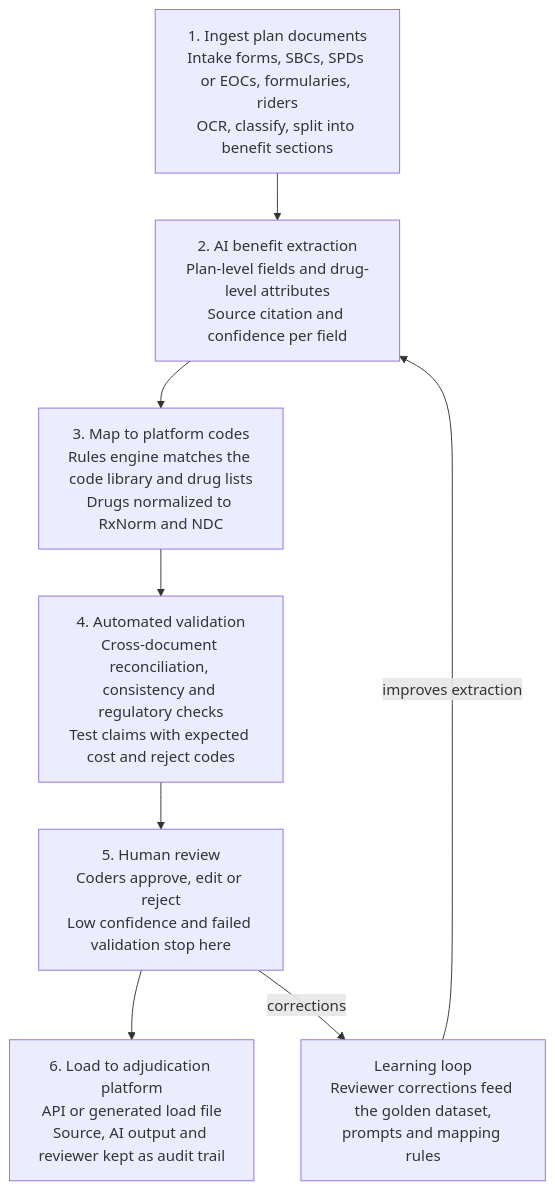
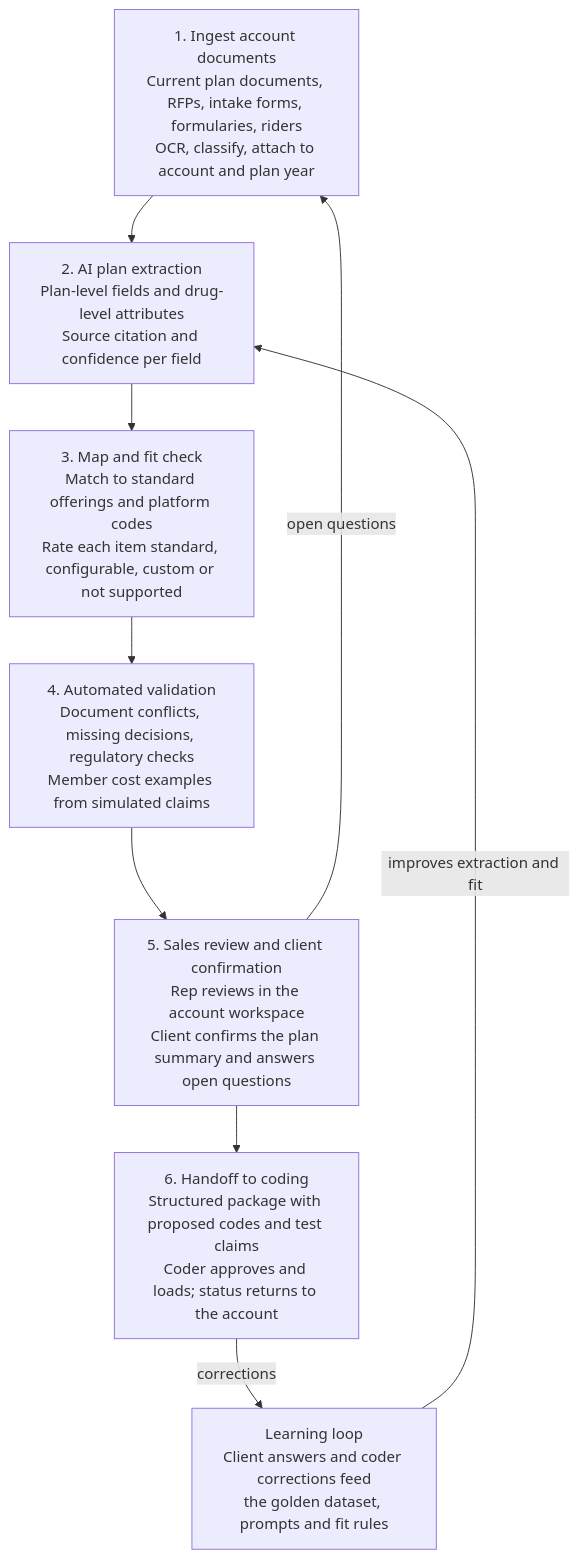
The diagram in docs/architecture.md (yashvadlamani/pharmacy-coding), drawn with Mermaid before and after one commit. The commit also changed other lines of this file and 3 other files, not shown here.

First line of the commit message:
Reframe documentation around a sales account workspace

````diff
--- a/docs/architecture.md
+++ b/docs/architecture.md
@@ -7,14 +13,15 @@
 ```mermaid
 flowchart TD
-    A["1. Ingest plan documents<br/>Intake forms, SBCs, SPDs or EOCs, formularies, riders<br/>OCR, classify, split into benefit sections"]
-    B["2. AI benefit extraction<br/>Plan-level fields and drug-level attributes<br/>Source citation and confidence per field"]
-    C["3. Map to platform codes<br/>Rules engine matches the code library and drug lists<br/>Drugs normalized to RxNorm and NDC"]
-    D["4. Automated validation<br/>Cross-document reconciliation, consistency and regulatory checks<br/>Test claims with expected cost and reject codes"]
-    E["5. Human review<br/>Coders approve, edit or reject<br/>Low confidence and failed validation stop here"]
-    F["6. Load to adjudication platform<br/>API or generated load file<br/>Source, AI output and reviewer kept as audit trail"]
-    L["Learning loop<br/>Reviewer corrections feed the golden dataset,<br/>prompts and mapping rules"]
+    A["1. Ingest account documents<br/>Current plan documents, RFPs, intake forms, formularies, riders<br/>OCR, classify, attach to account and plan year"]
+    B["2. AI plan extraction<br/>Plan-level fields and drug-level attributes<br/>Source citation and confidence per field"]
+    C["3. Map and fit check<br/>Match to standard offerings and platform codes<br/>Rate each item standard, configurable, custom or not supported"]
+    D["4. Automated validation<br/>Document conflicts, missing decisions, regulatory checks<br/>Member cost examples from simulated claims"]
+    E["5. Sales review and client confirmation<br/>Rep reviews in the account workspace<br/>Client confirms the plan summary and answers open questions"]
+    F["6. Handoff to coding<br/>Structured package with proposed codes and test claims<br/>Coder approves and loads; status returns to the account"]
+    L["Learning loop<br/>Client answers and coder corrections feed<br/>the golden dataset, prompts and fit rules"]
 
     A --> B --> C --> D --> E --> F
-    E -- corrections --> L
-    L -- improves extraction --> B
+    E -- open questions --> A
+    F -- corrections --> L
+    L -- improves extraction and fit --> B
 ```
````
